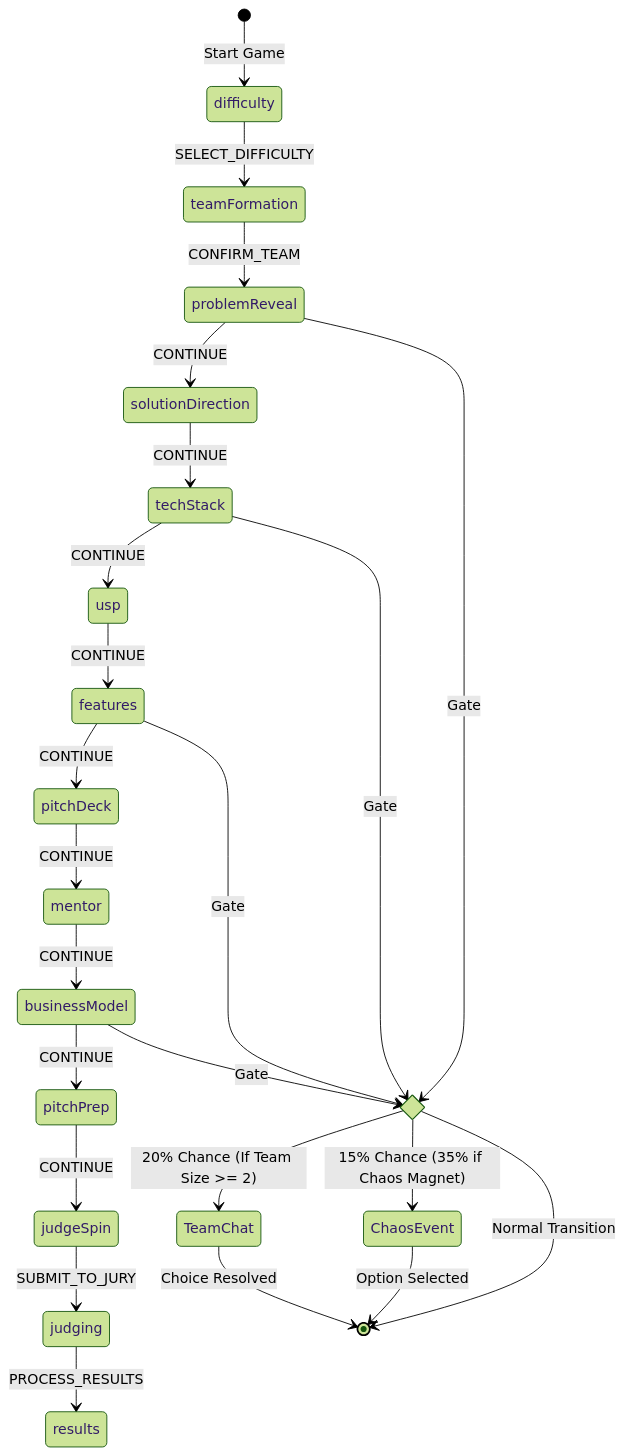
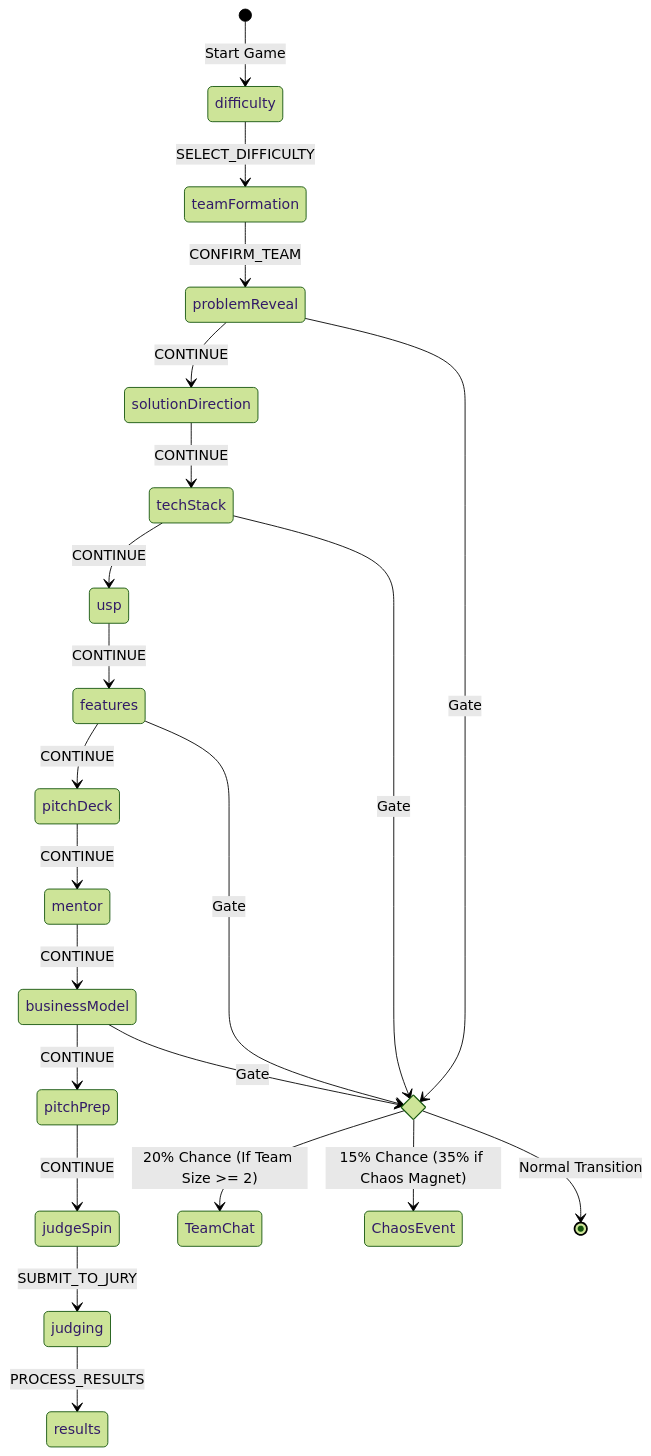
Before and after one commit to arkjeetsingh/The-Hackathon-Simulator: the second of 3 diagrams in README.md, drawn with Mermaid (forest theme). The commit also changed other lines of this file, not shown here.

````diff
--- a/README.md
+++ b/README.md
@@ -221,30 +140,27 @@
 ```mermaid
 stateDiagram-v2
     [*] --> difficulty: Start Game
     difficulty --> teamFormation: SELECT_DIFFICULTY
     teamFormation --> problemReveal: CONFIRM_TEAM
     problemReveal --> solutionDirection: CONTINUE
     solutionDirection --> techStack: CONTINUE
     techStack --> usp: CONTINUE
     usp --> features: CONTINUE
     features --> pitchDeck: CONTINUE
     pitchDeck --> mentor: CONTINUE
     mentor --> businessModel: CONTINUE
     businessModel --> pitchPrep: CONTINUE
     pitchPrep --> judgeSpin: CONTINUE
     judgeSpin --> judging: SUBMIT_TO_JURY
     judging --> results: PROCESS_RESULTS
 
     state transition_gates <<choice>>
     problemReveal --> transition_gates: Gate
     techStack --> transition_gates: Gate
     features --> transition_gates: Gate
     businessModel --> transition_gates: Gate
 
     transition_gates --> TeamChat: 20% Chance (If Team Size >= 2)
     transition_gates --> ChaosEvent: 15% Chance (35% if Chaos Magnet)
     transition_gates --> [*]: Normal Transition
-
-    TeamChat --> [*]: Choice Resolved
-    ChaosEvent --> [*]: Option Selected
 ```
````
